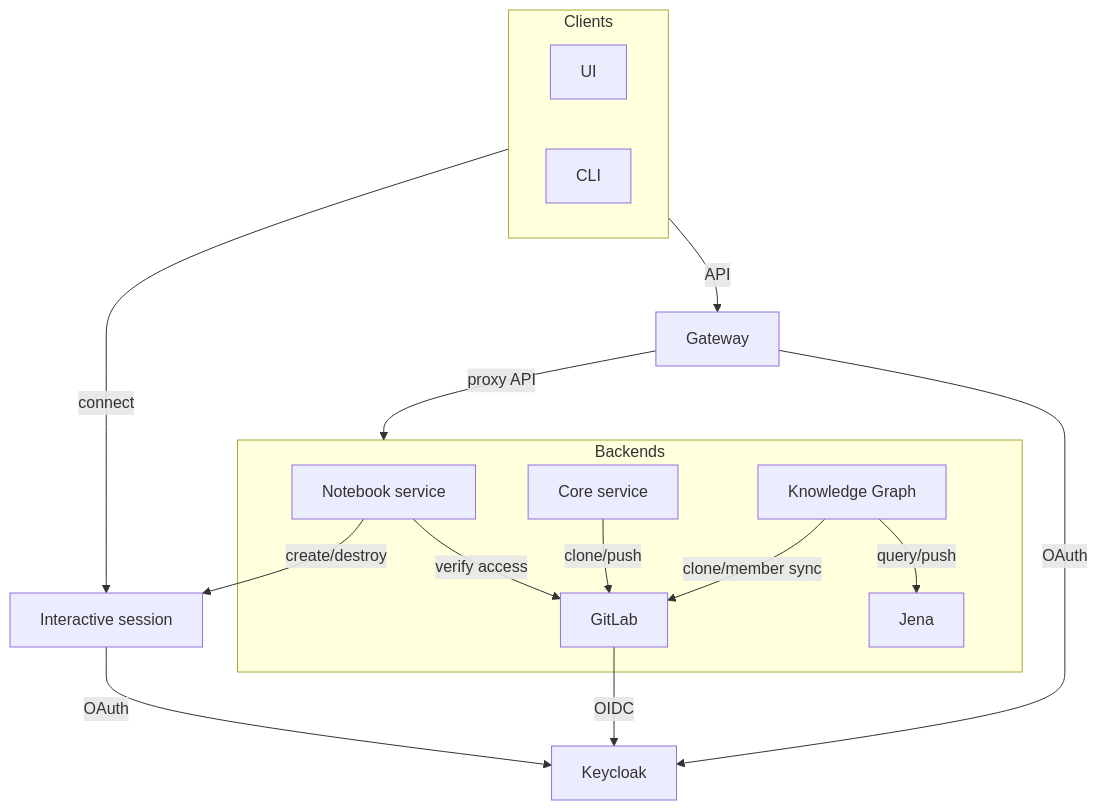
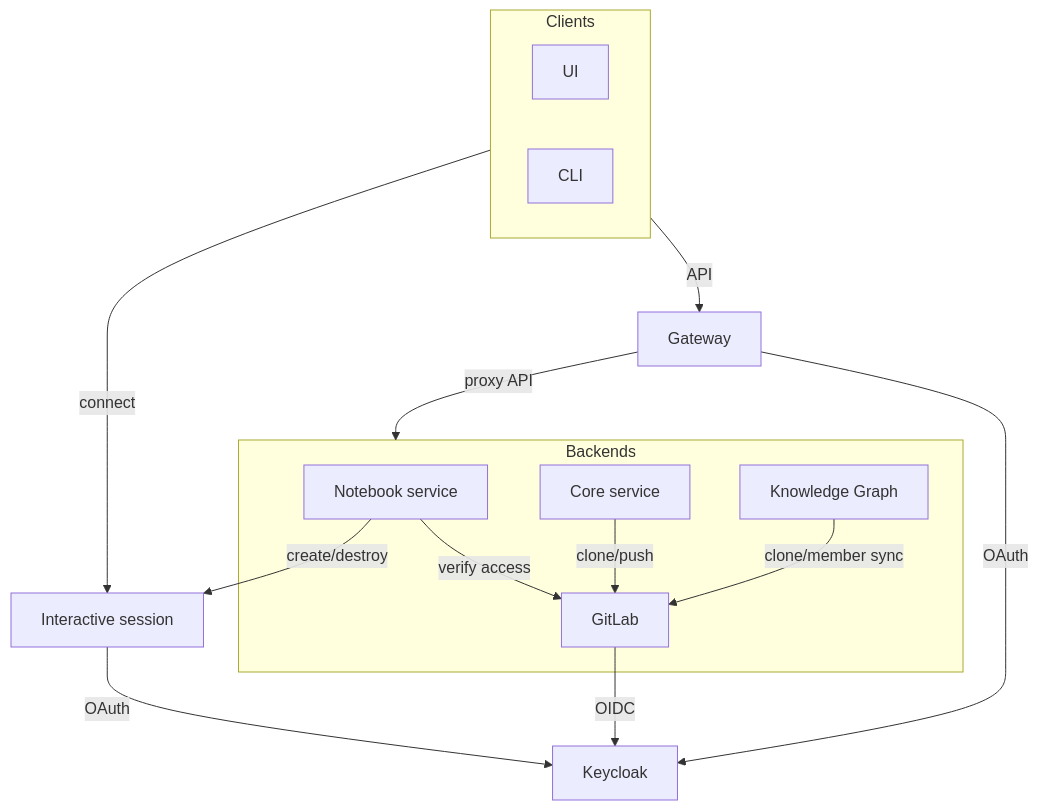
One commit to SwissDataScienceCenter/renku changed the diagram in docs/_static/graphviz/renku_architecture.mmd. Above: the diagram before and after it, drawn with Mermaid.

Commit message:
chore: remove Jena

```diff
--- a/docs/_static/graphviz/renku_architecture.mmd
+++ b/docs/_static/graphviz/renku_architecture.mmd
@@ -1,38 +1,36 @@
 flowchart TD
     ns[Notebook service]
     core[Core service]
     kg[Knowledge Graph]
     session[Interactive session]
 
     Clients --> |API| Gateway
 
     subgraph Clients
     UI
     CLI
     end
 
     subgraph Backends
     ns
     core
     kg
     GitLab
-    Jena
     end
 
     Gateway --> |proxy API| Backends
     GitLab --> |OIDC| Keycloak
 
     Gateway & session --> |OAuth| Keycloak
 
 
     Clients --> |connect| session
 
     ns --> |verify access| GitLab
     ns --> |create/destroy| session
 
     core --> |clone/push| GitLab
 
-    kg --> |query/push| Jena
     kg --> |clone/member sync| GitLab
 
     click ns "../services/notebooks-service.html"
```
